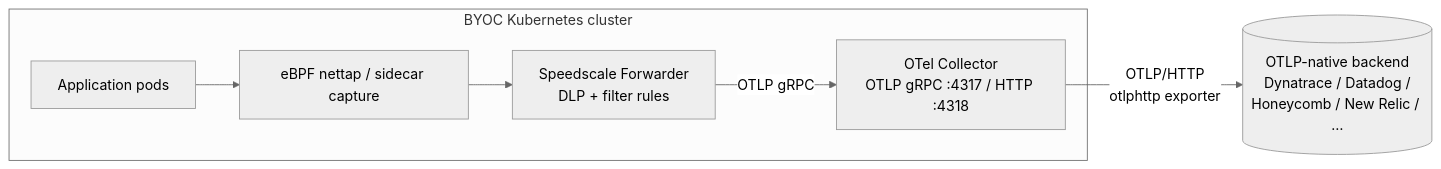
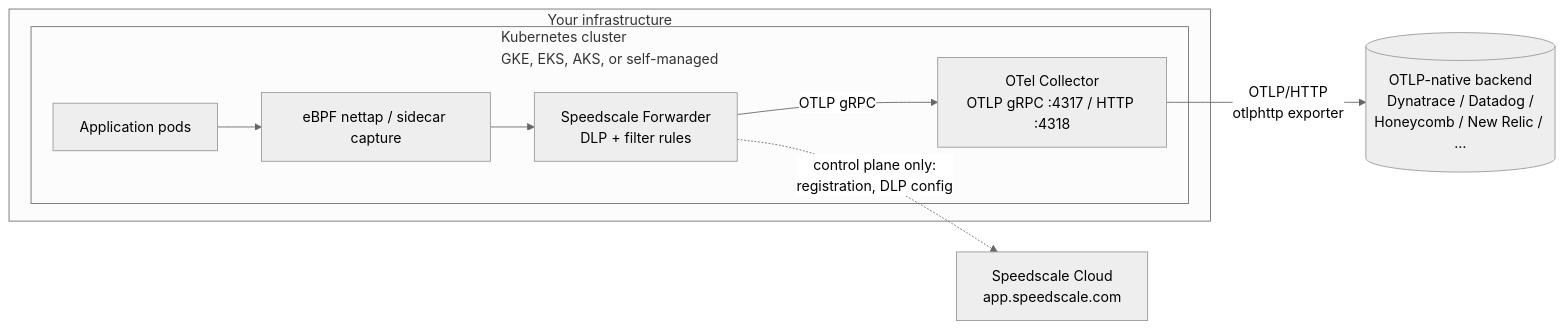
One commit to speedscale/speedscale-byoc changed the diagram in charts/otlp/README.md. Above: the diagram before and after it, drawn with Mermaid (neutral theme). The commit also changed other lines of this file and 5 other files, not shown here.

First line of the commit message:
docs: show cloud and tenant boundaries in BYOC architecture diagrams (#41)

````diff
--- a/charts/otlp/README.md
+++ b/charts/otlp/README.md
@@ -12,14 +12,18 @@
 ```mermaid
 flowchart LR
-  subgraph K8s[BYOC Kubernetes cluster]
-    Apps[Application pods]
-    Cap[eBPF nettap / sidecar capture]
-    Fwd[Speedscale Forwarder<br/>DLP + filter rules]
-    OTel[OTel Collector<br/>OTLP gRPC :4317 / HTTP :4318]
+  subgraph Yours[Your infrastructure]
+    subgraph K8s[Kubernetes cluster<br/>GKE, EKS, AKS, or self-managed]
+      Apps[Application pods]
+      Cap[eBPF nettap / sidecar capture]
+      Fwd[Speedscale Forwarder<br/>DLP + filter rules]
+      OTel[OTel Collector<br/>OTLP gRPC :4317 / HTTP :4318]
+    end
   end
   Vendor[(OTLP-native backend<br/>Dynatrace / Datadog /<br/>Honeycomb / New Relic / …)]
+  SC[Speedscale Cloud<br/>app.speedscale.com]
 
   Apps --> Cap --> Fwd
   Fwd -->|OTLP gRPC| OTel
   OTel -->|OTLP/HTTP<br/>otlphttp exporter| Vendor
+  Fwd -.->|control plane only:<br/>registration, DLP config| SC
 ```
````
